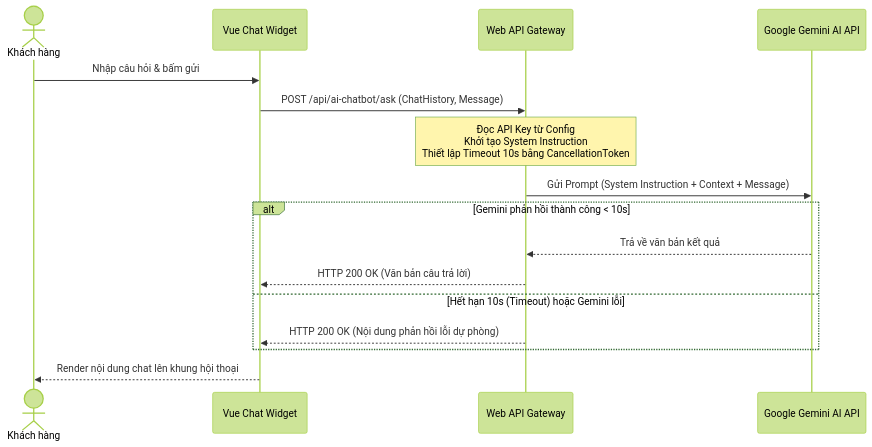
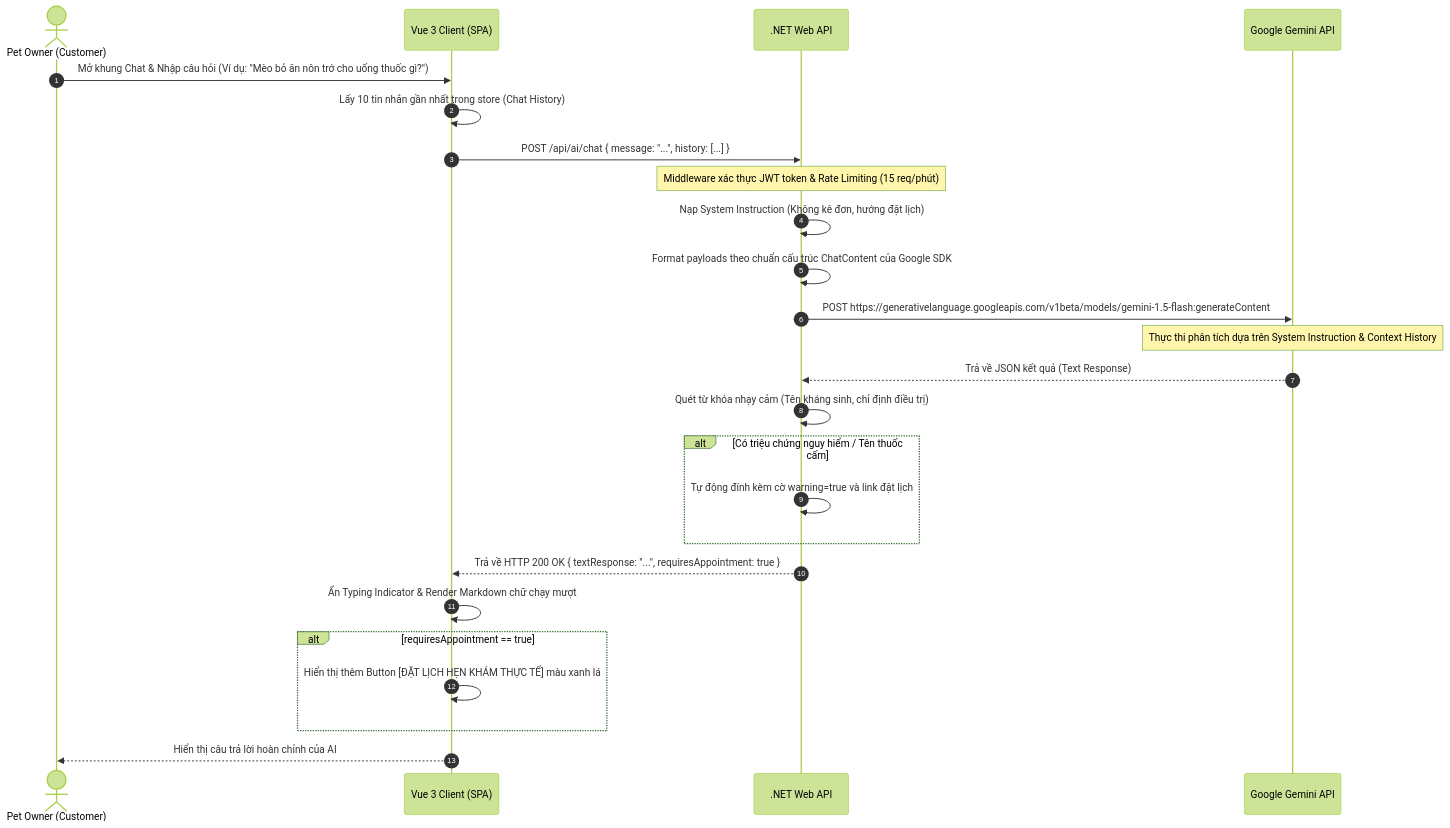
Before and after one commit to NamSD1901/DATN-Final: the diagram in plan/features/deep-decomposition/phase3-ai-chatbot/TECHNICAL_SPEC.md, drawn with Mermaid (forest theme). The commit also changed other lines of this file and 11 other files, not shown here.

Commit message:
docs: upgrade specifications for phase 3 - gemini ai chatbot advisor

````diff
--- a/plan/features/deep-decomposition/phase3-ai-chatbot/TECHNICAL_SPEC.md
+++ b/plan/features/deep-decomposition/phase3-ai-chatbot/TECHNICAL_SPEC.md
@@ -11,23 +11,28 @@
 ```mermaid
 sequenceDiagram
-    actor Customer as Khách hàng
-    participant FE as Vue Chat Widget
-    participant API as Web API Gateway
-    participant Gemini as Google Gemini AI API
+    autonumber
+    actor U as Pet Owner (Customer)
+    participant FE as Vue 3 Client (SPA)
+    participant BE as .NET Web API
+    participant GM as Google Gemini API
 
-    Customer->>FE: Nhập câu hỏi & bấm gửi
-    FE->>API: POST /api/ai-chatbot/ask (ChatHistory, Message)
-    
-    Note over API: Đọc API Key từ Config<br/>Khởi tạo System Instruction<br/>Thiết lập Timeout 10s bằng CancellationToken
-    
-    API->>Gemini: Gửi Prompt (System Instruction + Context + Message)
-    
-    alt Gemini phản hồi thành công < 10s
-        Gemini-->>API: Trả về văn bản kết quả
-        API-->>FE: HTTP 200 OK (Văn bản câu trả lời)
-    else Hết hạn 10s (Timeout) hoặc Gemini lỗi
-        API-->>FE: HTTP 200 OK (Nội dung phản hồi lỗi dự phòng)
+    U->>FE: Mở khung Chat & Nhập câu hỏi (Ví dụ: "Mèo bỏ ăn nôn trớ cho uống thuốc gì?")
+    FE->>FE: Lấy 10 tin nhắn gần nhất trong store (Chat History)
+    FE->>BE: POST /api/ai/chat { message: "...", history: [...] }
+    Note over BE: Middleware xác thực JWT token & Rate Limiting (15 req/phút)
+    BE->>BE: Nạp System Instruction (Không kê đơn, hướng đặt lịch)
+    BE->>BE: Format payloads theo chuẩn cấu trúc ChatContent của Google SDK
+    BE->>GM: POST https://generativelanguage.googleapis.com/v1beta/models/gemini-1.5-flash:generateContent
+    Note over GM: Thực thi phân tích dựa trên System Instruction & Context History
+    GM-->>BE: Trả về JSON kết quả (Text Response)
+    BE->>BE: Quét từ khóa nhạy cảm (Tên kháng sinh, chỉ định điều trị)
+    alt Có triệu chứng nguy hiểm / Tên thuốc cấm
+        BE->>BE: Tự động đính kèm cờ warning=true và link đặt lịch
     end
-    
-    FE-->>Customer: Render nội dung chat lên khung hội thoại
+    BE-->>FE: Trả về HTTP 200 OK { textResponse: "...", requiresAppointment: true }
+    FE->>FE: Ẩn Typing Indicator & Render Markdown chữ chạy mượt
+    alt requiresAppointment == true
+        FE->>FE: Hiển thị thêm Button [ĐẶT LỊCH HẸN KHÁM THỰC TẾ] màu xanh lá
+    end
+    FE-->>U: Hiển thị câu trả lời hoàn chỉnh của AI
 ```
````
